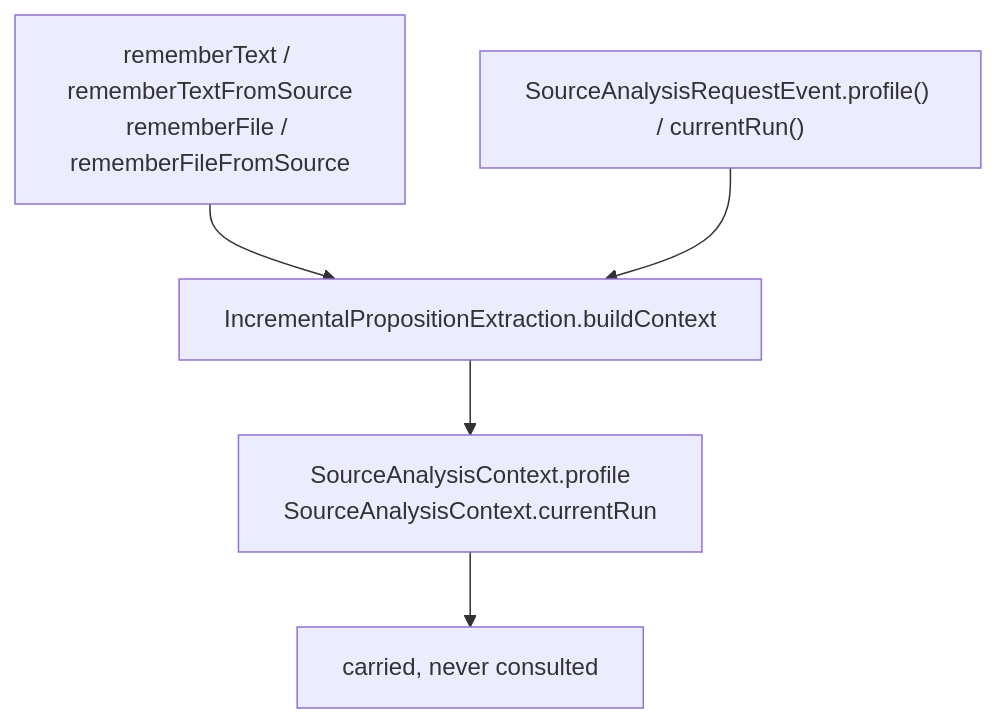
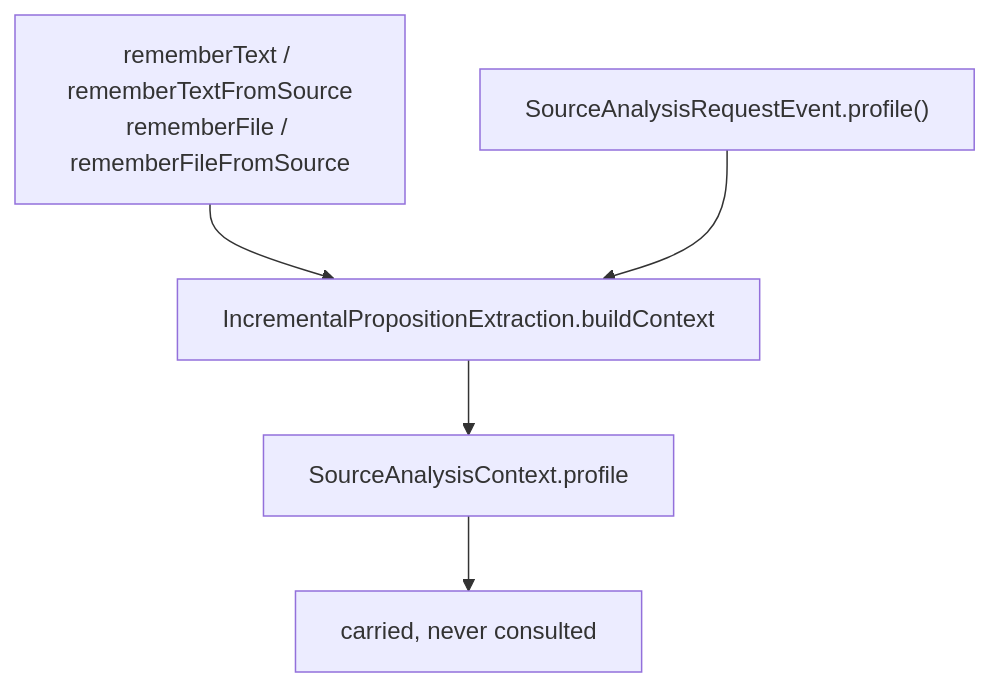
One commit to embabel/dice changed the second of 3 diagrams in docs/design/extraction-profiles.md. Above: the diagram before and after it, drawn with Mermaid. The commit also changed other lines of this file and 13 other files, not shown here.

First line of the commit message:
Carry profile identity without promising run attribution

````diff
--- a/docs/design/extraction-profiles.md
+++ b/docs/design/extraction-profiles.md
@@ -132,7 +97,7 @@
 ```mermaid
 flowchart TD
     A["rememberText / rememberTextFromSource<br/>rememberFile / rememberFileFromSource"] --> C
-    B["SourceAnalysisRequestEvent.profile() / currentRun()"] --> C
+    B["SourceAnalysisRequestEvent.profile()"] --> C
     C["IncrementalPropositionExtraction.buildContext"] --> CTX
-    CTX["SourceAnalysisContext.profile<br/>SourceAnalysisContext.currentRun"] --> X["carried, never consulted"]
+    CTX["SourceAnalysisContext.profile"] --> X["carried, never consulted"]
 ```
````
